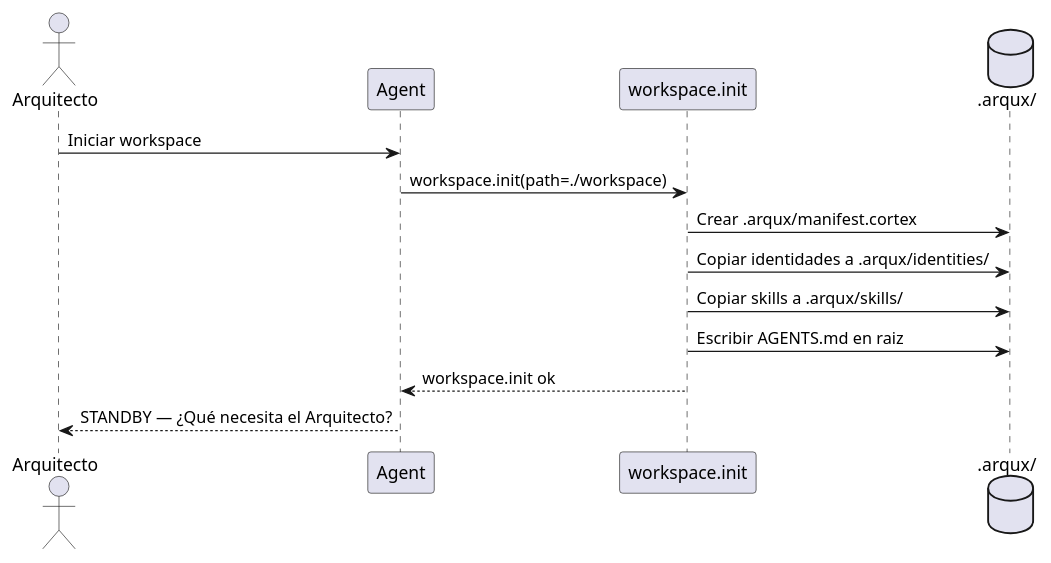
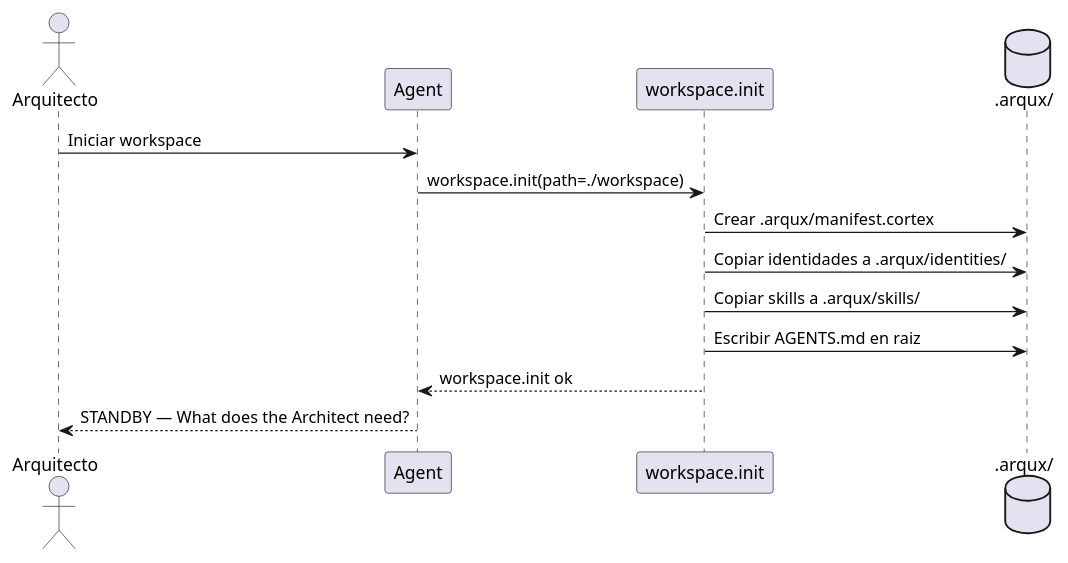
One commit to FidelErnesto03/arqux changed the first of 6 diagrams in src/arqux/skills/workflows.skill.md. Above: the diagram before and after it, drawn with PlantUML. The commit also changed other lines of this file and 3 other files, not shown here.

```diff
--- a/src/arqux/skills/workflows.skill.md
+++ b/src/arqux/skills/workflows.skill.md
@@ -17,15 +17,15 @@
 @startuml
 actor "Arquitecto" as A
 participant Agent as G
 participant "workspace.init" as WI
 database ".arqux/" as FS
 
 A -> G: Iniciar workspace
 G -> WI: workspace.init(path=./workspace)
 WI -> FS: Crear .arqux/manifest.cortex
 WI -> FS: Copiar identidades a .arqux/identities/
 WI -> FS: Copiar skills a .arqux/skills/
 WI -> FS: Escribir AGENTS.md en raiz
 WI --> G: workspace.init ok
-G --> A: STANDBY — ¿Qué necesita el Arquitecto?
+G --> A: STANDBY — What does the Architect need?
 @enduml
```
